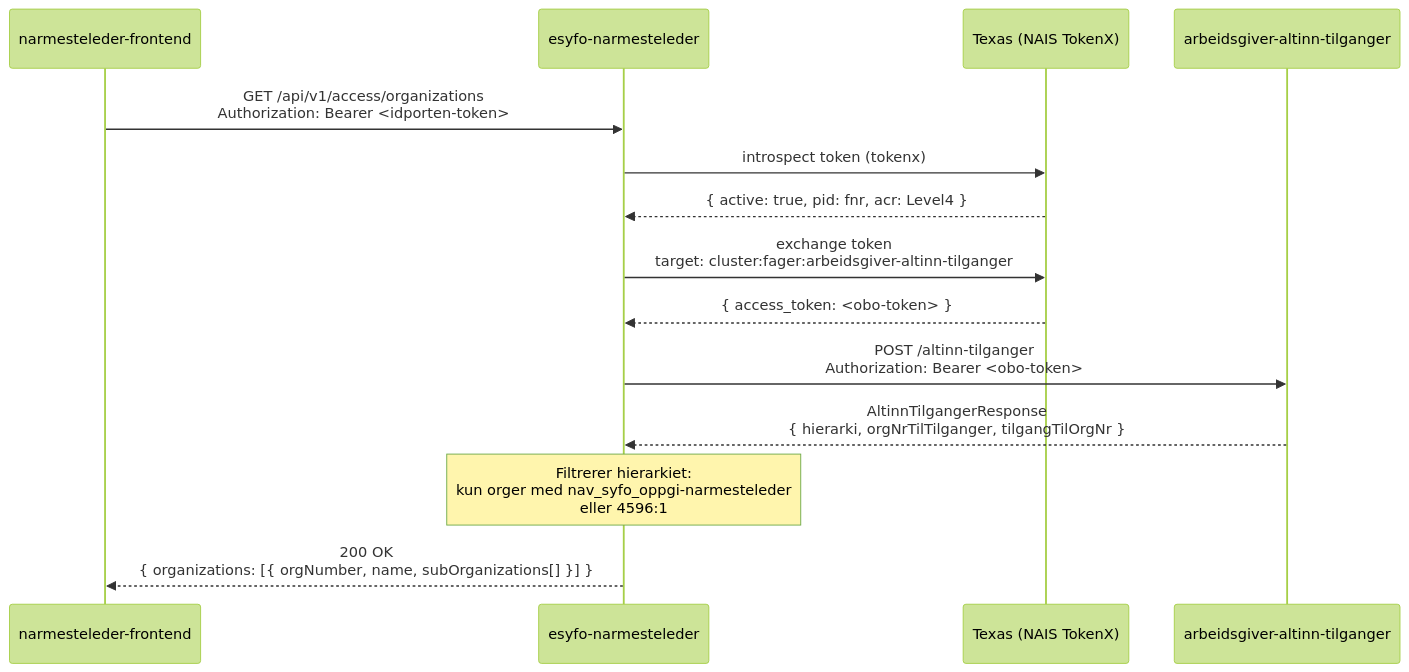
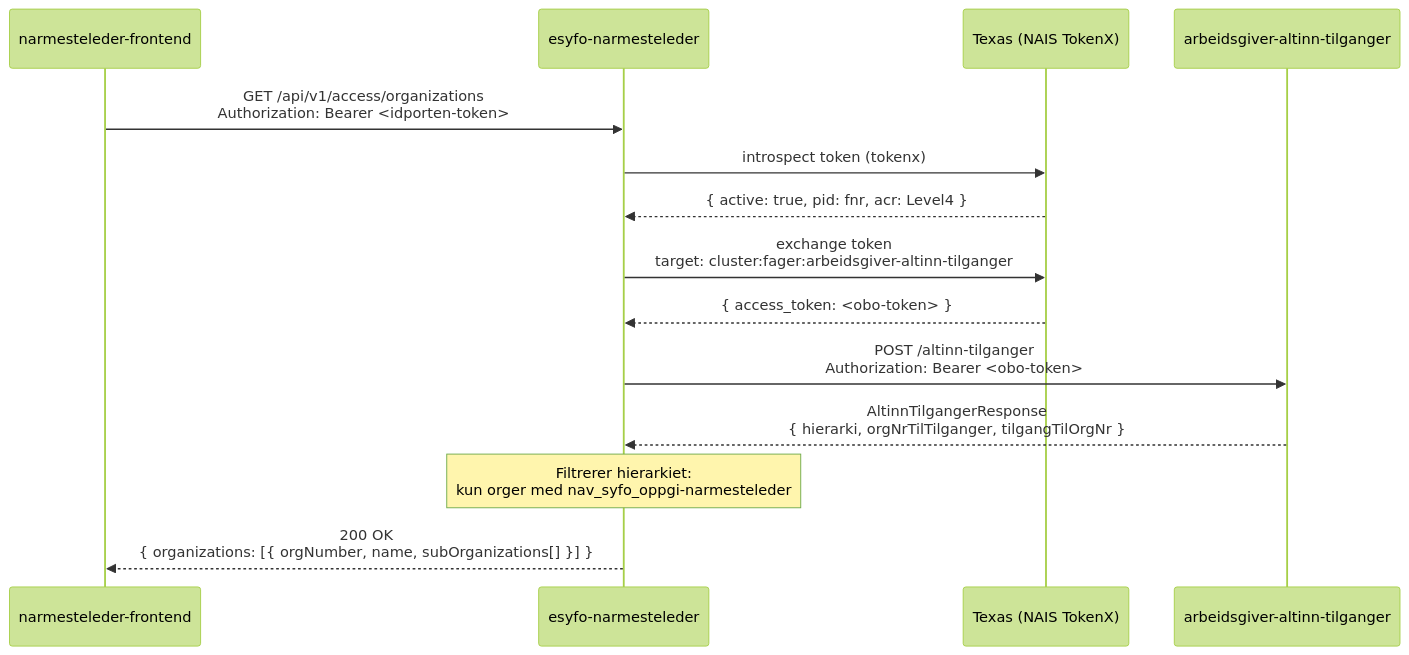
One commit to navikt/esyfo-narmesteleder changed the diagram in docs/access-organizations-api.md. Above: the diagram before and after it, drawn with Mermaid (forest theme). The commit also changed other lines of this file and 11 other files, not shown here.

````diff
--- a/docs/access-organizations-api.md
+++ b/docs/access-organizations-api.md
@@ -9,21 +9,21 @@
 ```mermaid
 sequenceDiagram
     participant FE as narmesteleder-frontend
     participant API as esyfo-narmesteleder
     participant TX as Texas (NAIS TokenX)
     participant AT as arbeidsgiver-altinn-tilganger
 
     FE->>API: GET /api/v1/access/organizations<br/>Authorization: Bearer <idporten-token>
     API->>TX: introspect token (tokenx)
     TX-->>API: { active: true, pid: fnr, acr: Level4 }
 
     API->>TX: exchange token<br/>target: cluster:fager:arbeidsgiver-altinn-tilganger
     TX-->>API: { access_token: <obo-token> }
 
     API->>AT: POST /altinn-tilganger<br/>Authorization: Bearer <obo-token>
     AT-->>API: AltinnTilgangerResponse<br/>{ hierarki, orgNrTilTilganger, tilgangTilOrgNr }
 
-    Note over API: Filtrerer hierarkiet:<br/>kun orger med nav_syfo_oppgi-narmesteleder<br/>eller 4596:1
+    Note over API: Filtrerer hierarkiet:<br/>kun orger med nav_syfo_oppgi-narmesteleder
 
     API-->>FE: 200 OK<br/>{ organizations: [{ orgNumber, name, subOrganizations[] }] }
 ```
````
